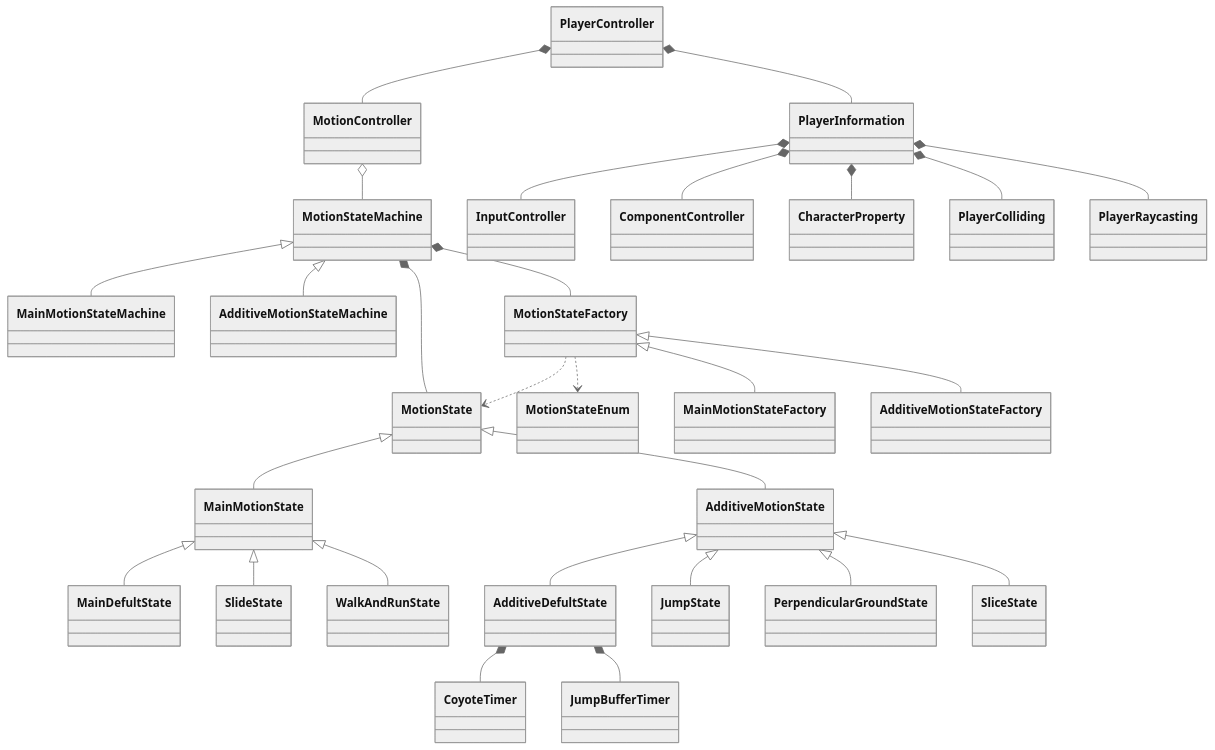
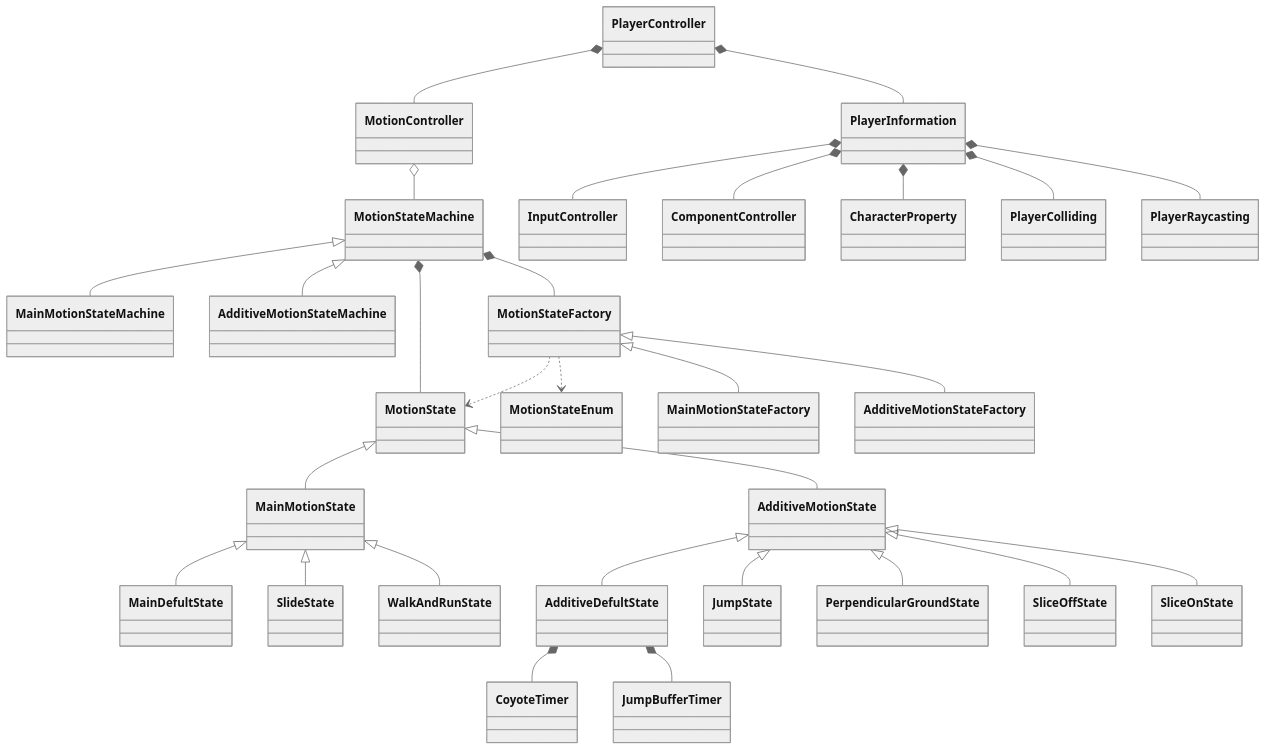
The second of 2 diagrams in README.md (flicker-studio/RimeEditor), drawn with Mermaid (neutral theme) before and after one commit. The commit also changed other lines of this file and 36 other files, not shown here.

````diff
--- a/README.md
+++ b/README.md
@@ -104,30 +106,31 @@
 ```mermaid
 classDiagram
 MotionStateMachine <|-- MainMotionStateMachine
 MotionStateMachine <|-- AdditiveMotionStateMachine
 MotionStateMachine *-- MotionState
 MotionStateMachine *-- MotionStateFactory
 MotionStateFactory ..> MotionState
 MotionStateFactory ..> MotionStateEnum
 MotionStateFactory <|-- MainMotionStateFactory
 MotionStateFactory <|-- AdditiveMotionStateFactory
 MotionController o-- MotionStateMachine
 PlayerController *-- MotionController
 PlayerInformation *-- InputController
 PlayerInformation *-- ComponentController
 PlayerController *-- PlayerInformation
 PlayerInformation *-- CharacterProperty
 PlayerInformation *-- PlayerColliding
 PlayerInformation *-- PlayerRaycasting
 AdditiveDefultState *-- CoyoteTimer
 AdditiveDefultState *-- JumpBufferTimer
 MainMotionState <|-- MainDefultState
 MainMotionState <|-- SlideState
 AdditiveMotionState <|-- AdditiveDefultState
 MainMotionState <|-- WalkAndRunState
 AdditiveMotionState <|-- JumpState
 AdditiveMotionState <|-- PerpendicularGroundState
-AdditiveMotionState <|-- SliceState
+AdditiveMotionState <|-- SliceOffState
+AdditiveMotionState <|-- SliceOnState
 MotionState <|-- MainMotionState
 MotionState <|-- AdditiveMotionState
 ```
````
